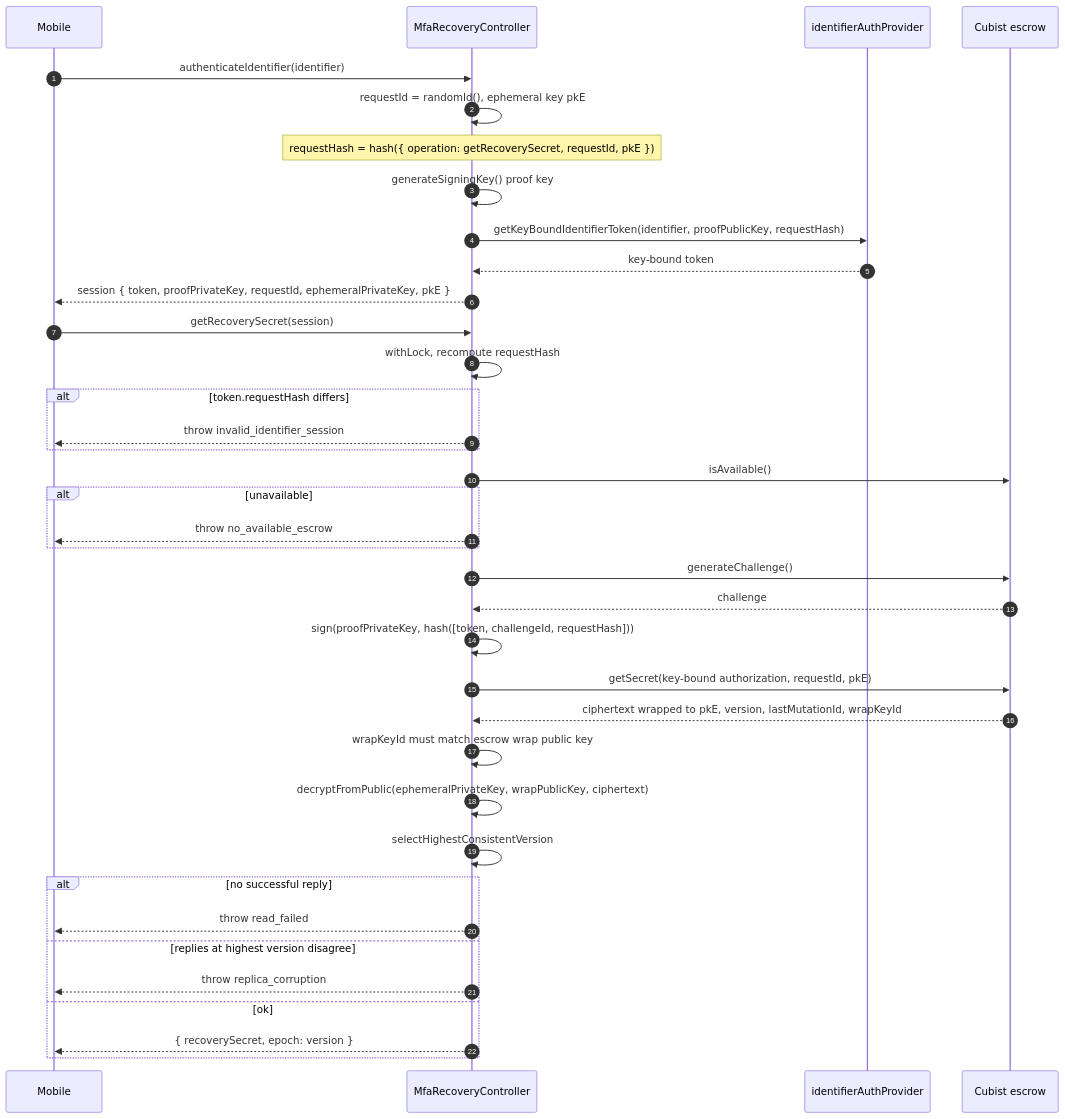
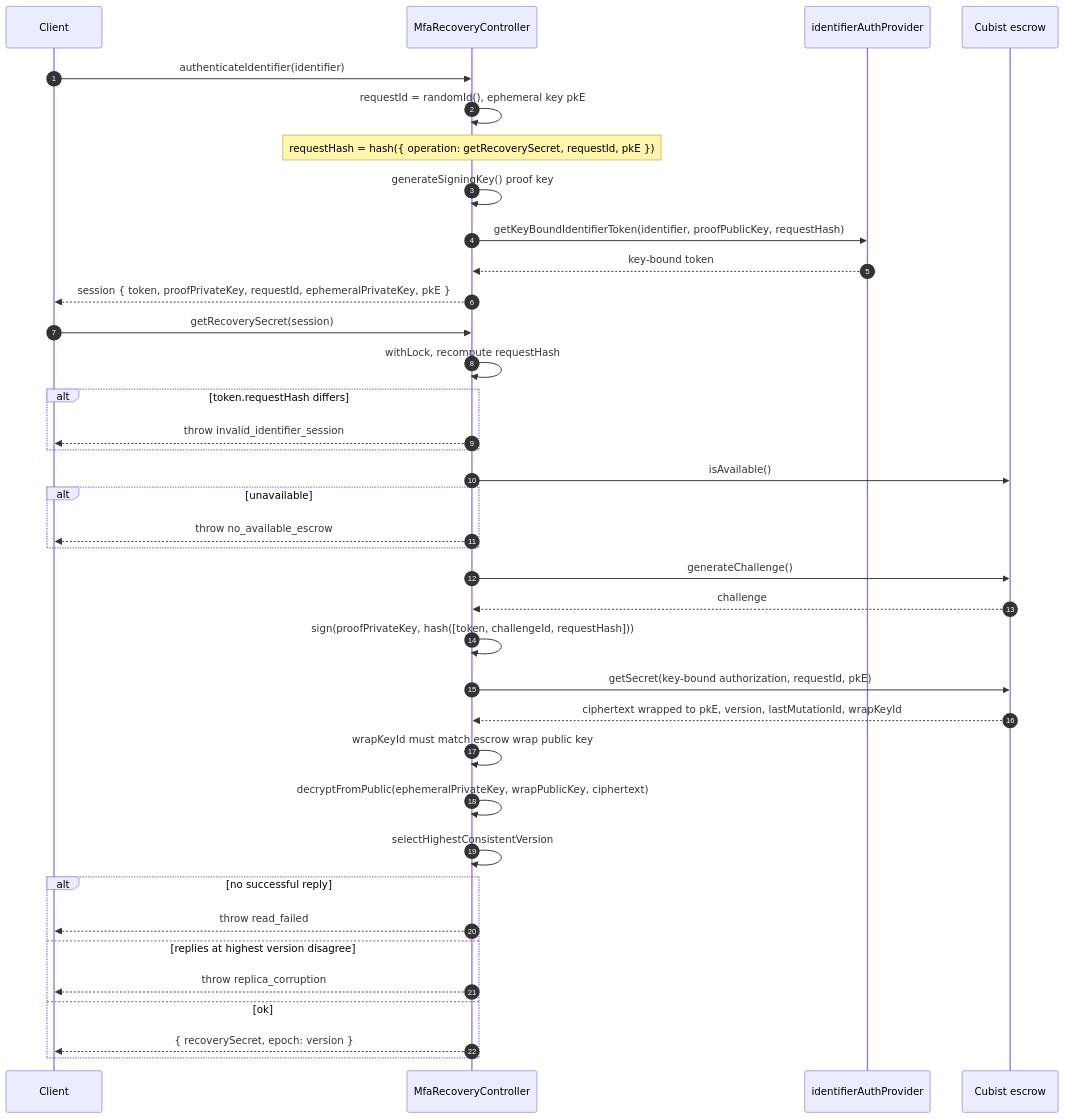
Before and after one commit to MetaMask/core: the fourth of 4 diagrams in packages/mfa-recovery-controller/CUBIST_TEST_SEQUENCE.md, drawn with Mermaid. The commit also changed other lines of this file, not shown here.

First line of the commit message:
docs(mfa-recovery-controller): refine CUBIST_TEST_SEQUENCE.md for clarity and consistency

````diff
--- a/packages/mfa-recovery-controller/CUBIST_TEST_SEQUENCE.md
+++ b/packages/mfa-recovery-controller/CUBIST_TEST_SEQUENCE.md
@@ -209,41 +204,41 @@
 ```mermaid
 sequenceDiagram
   autonumber
-  participant Mobile as Mobile
+  participant Client
   participant C as MfaRecoveryController
   participant Id as identifierAuthProvider
   participant Escrow as Cubist escrow
 
-  Mobile->>C: authenticateIdentifier(identifier)
+  Client->>C: authenticateIdentifier(identifier)
   C->>C: requestId = randomId(), ephemeral key pkE
   Note over C: requestHash = hash({ operation: getRecoverySecret, requestId, pkE })
   C->>C: generateSigningKey() proof key
   C->>Id: getKeyBoundIdentifierToken(identifier, proofPublicKey, requestHash)
   Id-->>C: key-bound token
-  C-->>Mobile: session { token, proofPrivateKey, requestId, ephemeralPrivateKey, pkE }
+  C-->>Client: session { token, proofPrivateKey, requestId, ephemeralPrivateKey, pkE }
 
-  Mobile->>C: getRecoverySecret(session)
+  Client->>C: getRecoverySecret(session)
   C->>C: withLock, recompute requestHash
   alt token.requestHash differs
-    C-->>Mobile: throw invalid_identifier_session
+    C-->>Client: throw invalid_identifier_session
   end
   C->>Escrow: isAvailable()
   alt unavailable
-    C-->>Mobile: throw no_available_escrow
+    C-->>Client: throw no_available_escrow
   end
   C->>Escrow: generateChallenge()
   Escrow-->>C: challenge
   C->>C: sign(proofPrivateKey, hash([token, challengeId, requestHash]))
   C->>Escrow: getSecret(key-bound authorization, requestId, pkE)
   Escrow-->>C: ciphertext wrapped to pkE, version, lastMutationId, wrapKeyId
   C->>C: wrapKeyId must match escrow wrap public key
   C->>C: decryptFromPublic(ephemeralPrivateKey, wrapPublicKey, ciphertext)
   C->>C: selectHighestConsistentVersion
   alt no successful reply
-    C-->>Mobile: throw read_failed
+    C-->>Client: throw read_failed
   else replies at highest version disagree
-    C-->>Mobile: throw replica_corruption
+    C-->>Client: throw replica_corruption
   else ok
-    C-->>Mobile: { recoverySecret, epoch: version }
+    C-->>Client: { recoverySecret, epoch: version }
   end
 ```
````
